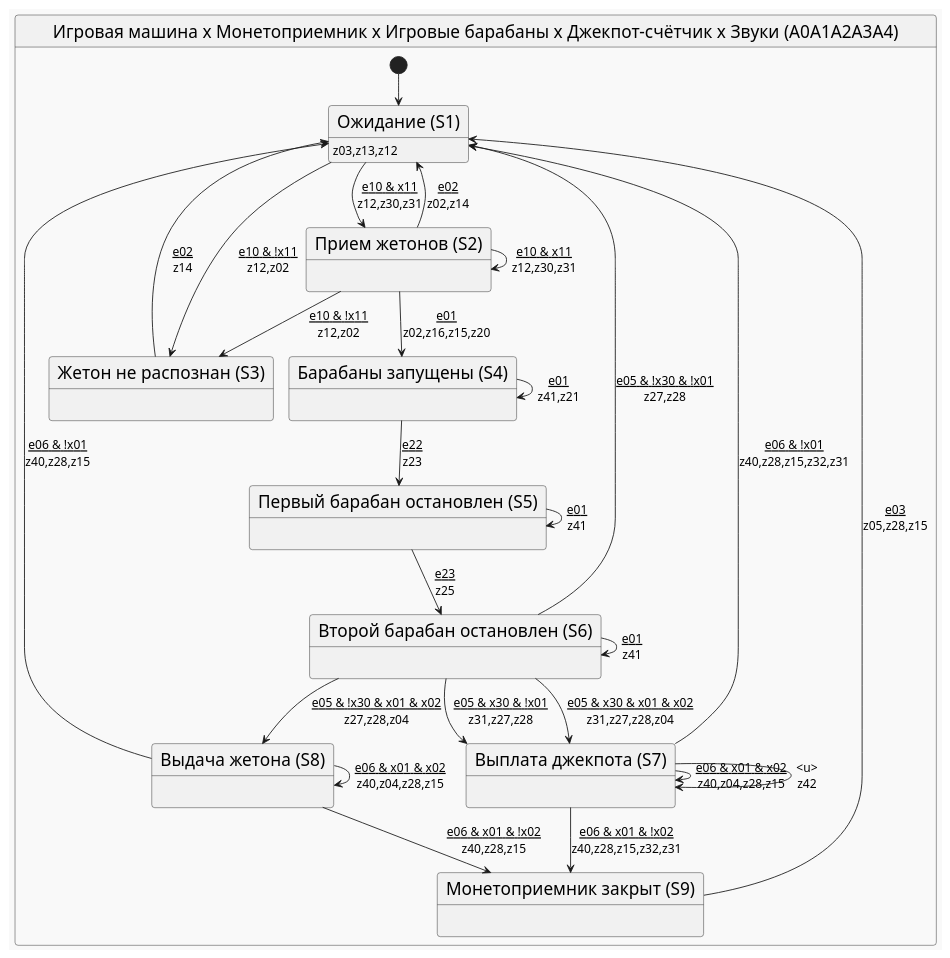
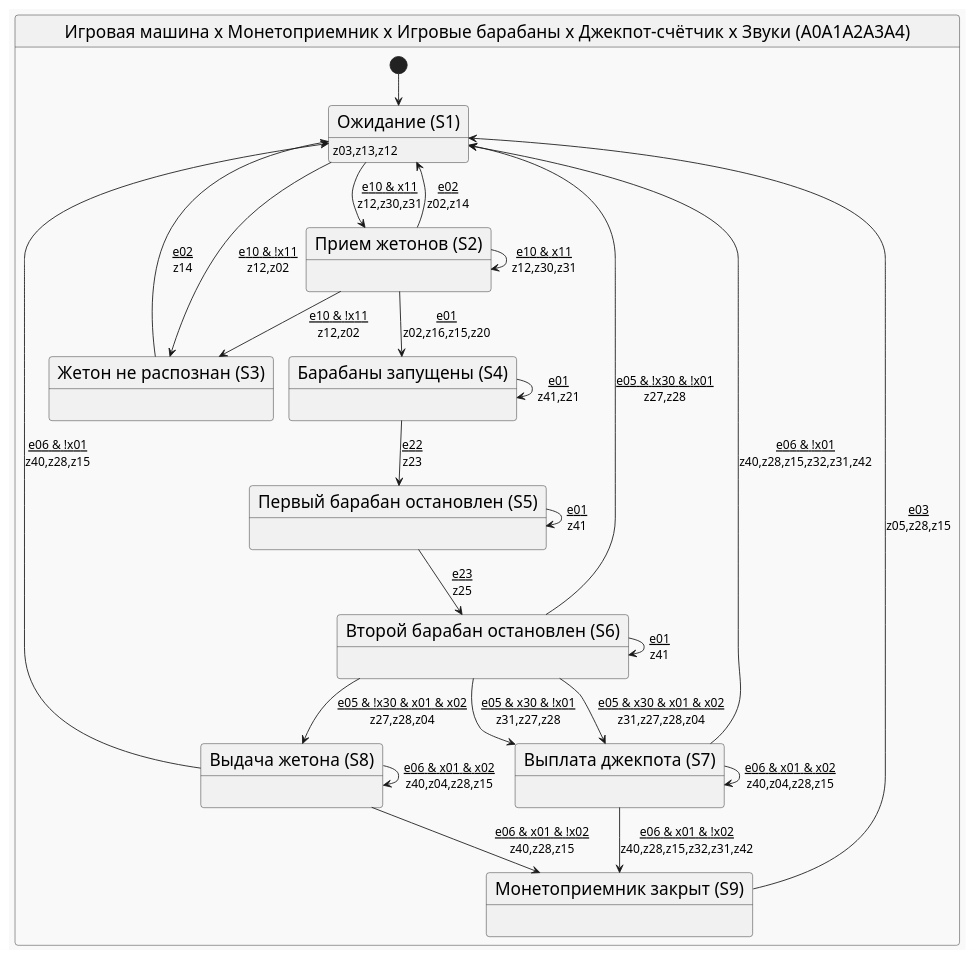
The diagram in articles/multiply_many_nested/puml/final.puml (PhoenixNazarov/fsm-multiply), drawn with PlantUML before and after one commit. The commit also changed 9 other files, not shown here.

```diff
--- a/articles/multiply_many_nested/puml/final.puml
+++ b/articles/multiply_many_nested/puml/final.puml
@@ -1,41 +1,40 @@
 @startuml
 !theme mars
 skinparam stateFontSize 20
 skinparam arrowFontSize 14
 state "Игровая машина x Монетоприемник x Игровые барабаны x Джекпот-счётчик x Звуки (A0A1A2A3A4)" as A0A1A2A3A4 {
-    [*] --> A0A1A2A3A424
-    state "Ожидание (S1)" as A0A1A2A3A424 : <size:14>z03,z13,z12
+    [*] --> A0A1A2A3A423
+    state "Ожидание (S1)" as A0A1A2A3A423 : <size:14>z03,z13,z12
     state "Прием жетонов (S2)" as A0A1A2A3A45 : 
     state "Жетон не распознан (S3)" as A0A1A2A3A46 : 
     state "Барабаны запущены (S4)" as A0A1A2A3A49 : 
     state "Первый барабан остановлен (S5)" as A0A1A2A3A411 : 
     state "Второй барабан остановлен (S6)" as A0A1A2A3A416 : 
-    state "Выплата джекпота (S7)" as A0A1A2A3A420 : 
-    state "Выдача жетона (S8)" as A0A1A2A3A421 : 
-    state "Монетоприемник закрыт (S9)" as A0A1A2A3A422 : 
-    A0A1A2A3A424 --> A0A1A2A3A45 : <u>e10 & x11\nz12,z30,z31
-    A0A1A2A3A424 --> A0A1A2A3A46 : <u>e10 & !x11\nz12,z02
-    A0A1A2A3A45 --> A0A1A2A3A424 : <u>e02\nz02,z14
+    state "Выплата джекпота (S7)" as A0A1A2A3A417 : 
+    state "Выдача жетона (S8)" as A0A1A2A3A420 : 
+    state "Монетоприемник закрыт (S9)" as A0A1A2A3A421 : 
+    A0A1A2A3A423 --> A0A1A2A3A45 : <u>e10 & x11\nz12,z30,z31
+    A0A1A2A3A423 --> A0A1A2A3A46 : <u>e10 & !x11\nz12,z02
+    A0A1A2A3A45 --> A0A1A2A3A423 : <u>e02\nz02,z14
     A0A1A2A3A45 --> A0A1A2A3A49 : <u>e01\nz02,z16,z15,z20
     A0A1A2A3A45 --> A0A1A2A3A45 : <u>e10 & x11\nz12,z30,z31
     A0A1A2A3A45 --> A0A1A2A3A46 : <u>e10 & !x11\nz12,z02
-    A0A1A2A3A46 --> A0A1A2A3A424 : <u>e02\nz14
+    A0A1A2A3A46 --> A0A1A2A3A423 : <u>e02\nz14
     A0A1A2A3A49 --> A0A1A2A3A411 : <u>e22\nz23
     A0A1A2A3A49 --> A0A1A2A3A49 : <u>e01\nz41,z21
     A0A1A2A3A411 --> A0A1A2A3A416 : <u>e23\nz25
     A0A1A2A3A411 --> A0A1A2A3A411 : <u>e01\nz41
-    A0A1A2A3A416 --> A0A1A2A3A420 : <u>e05 & x30 & x01 & x02\nz31,z27,z28,z04
-    A0A1A2A3A416 --> A0A1A2A3A420 : <u>e05 & x30 & !x01\nz31,z27,z28
-    A0A1A2A3A416 --> A0A1A2A3A421 : <u>e05 & !x30 & x01 & x02\nz27,z28,z04
-    A0A1A2A3A416 --> A0A1A2A3A424 : <u>e05 & !x30 & !x01\nz27,z28
+    A0A1A2A3A416 --> A0A1A2A3A417 : <u>e05 & x30 & x01 & x02\nz31,z27,z28,z04
+    A0A1A2A3A416 --> A0A1A2A3A417 : <u>e05 & x30 & !x01\nz31,z27,z28
+    A0A1A2A3A416 --> A0A1A2A3A420 : <u>e05 & !x30 & x01 & x02\nz27,z28,z04
+    A0A1A2A3A416 --> A0A1A2A3A423 : <u>e05 & !x30 & !x01\nz27,z28
     A0A1A2A3A416 --> A0A1A2A3A416 : <u>e01\nz41
+    A0A1A2A3A417 --> A0A1A2A3A417 : <u>e06 & x01 & x02\nz40,z04,z28,z15
+    A0A1A2A3A417 --> A0A1A2A3A421 : <u>e06 & x01 & !x02\nz40,z28,z15,z32,z31,z42
+    A0A1A2A3A417 --> A0A1A2A3A423 : <u>e06 & !x01\nz40,z28,z15,z32,z31,z42
     A0A1A2A3A420 --> A0A1A2A3A420 : <u>e06 & x01 & x02\nz40,z04,z28,z15
-    A0A1A2A3A420 --> A0A1A2A3A420 : <u>\nz42
-    A0A1A2A3A420 --> A0A1A2A3A422 : <u>e06 & x01 & !x02\nz40,z28,z15,z32,z31
-    A0A1A2A3A420 --> A0A1A2A3A424 : <u>e06 & !x01\nz40,z28,z15,z32,z31
-    A0A1A2A3A421 --> A0A1A2A3A421 : <u>e06 & x01 & x02\nz40,z04,z28,z15
-    A0A1A2A3A421 --> A0A1A2A3A422 : <u>e06 & x01 & !x02\nz40,z28,z15
-    A0A1A2A3A421 --> A0A1A2A3A424 : <u>e06 & !x01\nz40,z28,z15
-    A0A1A2A3A422 --> A0A1A2A3A424 : <u>e03\nz05,z28,z15
+    A0A1A2A3A420 --> A0A1A2A3A421 : <u>e06 & x01 & !x02\nz40,z28,z15
+    A0A1A2A3A420 --> A0A1A2A3A423 : <u>e06 & !x01\nz40,z28,z15
+    A0A1A2A3A421 --> A0A1A2A3A423 : <u>e03\nz05,z28,z15
 }
 @enduml
```
